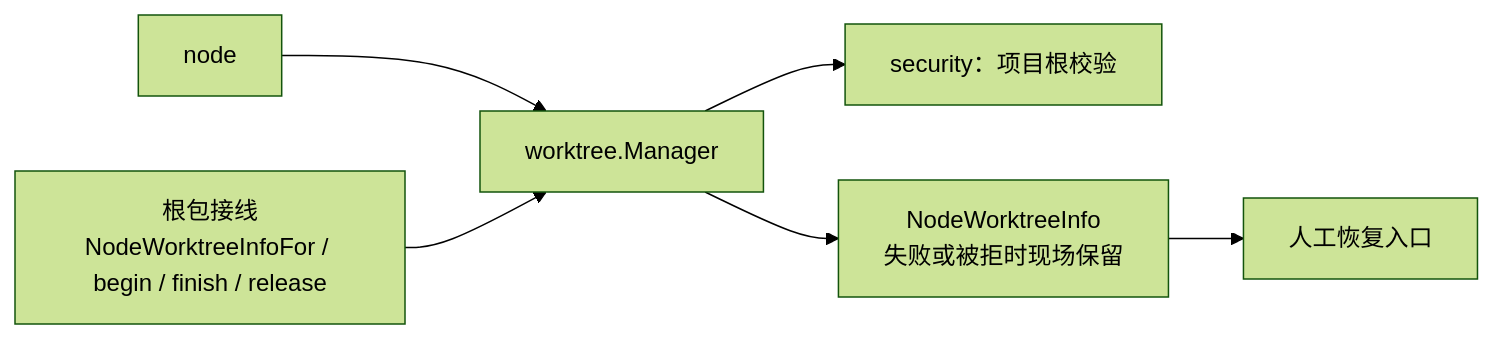
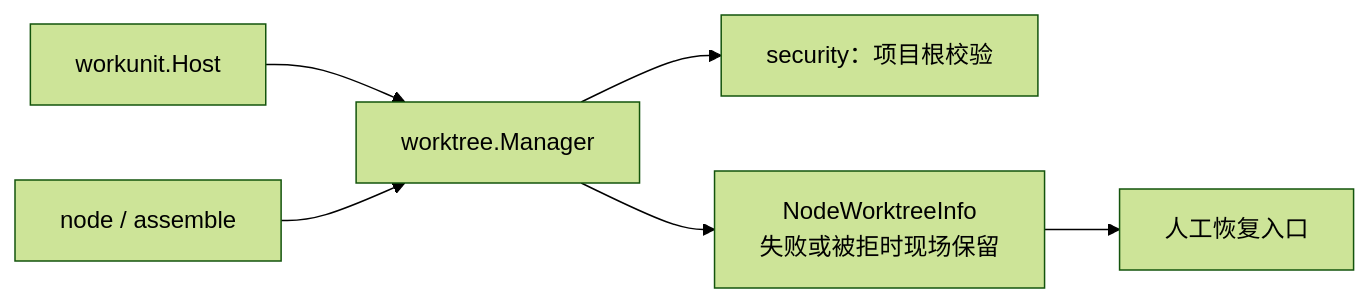
Before and after one commit to RedHuang-0622/seelex: the first of 2 diagrams in backend/tool/worktree/README.md, drawn with Mermaid (forest theme). The commit also changed other lines of this file and 67 other files, not shown here.

Commit message:
refactor(node): NodeScope 退役为 SceneScope；worktree 收尾归 workunit

````diff
--- a/backend/tool/worktree/README.md
+++ b/backend/tool/worktree/README.md
@@ -9,8 +14,8 @@
 ```mermaid
 flowchart LR
-    NODE["node"] --> WT["worktree.Manager"]
+    HOST["workunit.Host"] --> WT["worktree.Manager"]
+    NODE["node / assemble"] --> WT
     WT --> SEC["security：项目根校验"]
-    ROOT["根包接线<br/>NodeWorktreeInfoFor / begin / finish / release"] --> WT
     WT --> INFO["NodeWorktreeInfo<br/>失败或被拒时现场保留"]
     INFO --> HUMAN["人工恢复入口"]
 ```
````
